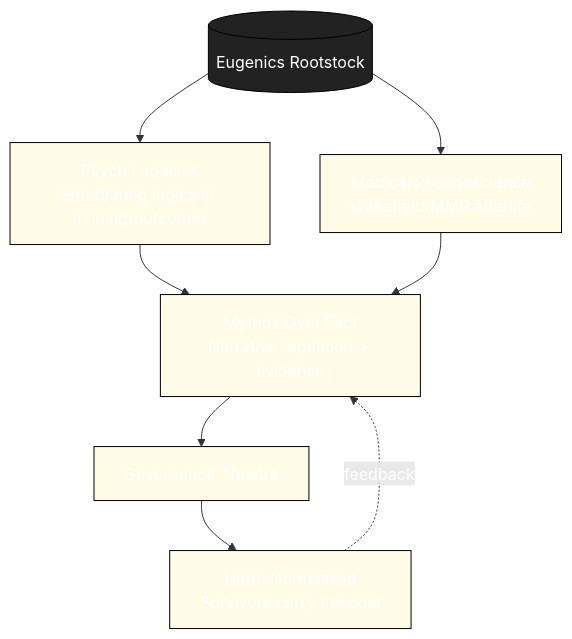
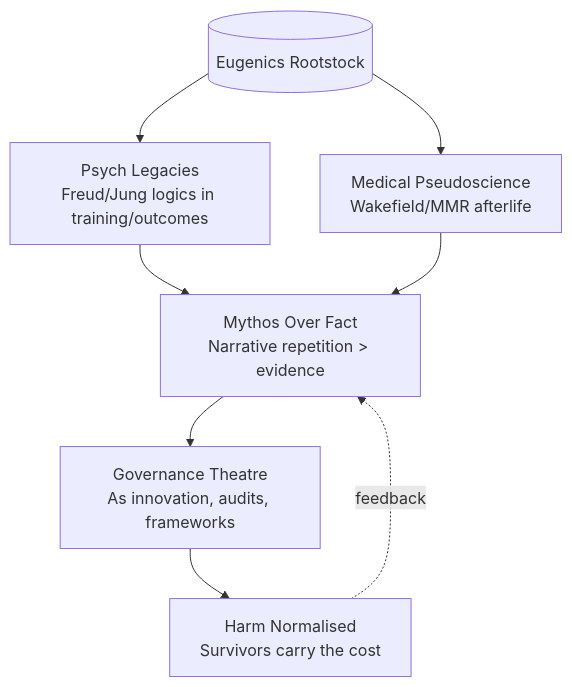
The second of 3 diagrams in Disruption_Kit/Big_Picture_Protocols/🌀_System_Governance/🧪_failure_recycling.md (josefsbreakfast/Polaris-Protocol), drawn with Mermaid before and after one commit.

````diff
--- a/Disruption_Kit/Big_Picture_Protocols/🌀_System_Governance/🧪_failure_recycling.md
+++ b/Disruption_Kit/Big_Picture_Protocols/🌀_System_Governance/🧪_failure_recycling.md
@@ -61,13 +61,10 @@
 ```mermaid
 flowchart TB
-    R[(Eugenics Rootstock)]:::root --> P1[Psych Legacies<br/>Freud/Jung logics in training/outcomes]
+    R[(Eugenics Rootstock)] --> P1[Psych Legacies<br/>Freud/Jung logics in training/outcomes]
     R --> P2[Medical Pseudoscience<br/>Wakefield/MMR afterlife]
     P1 --> N[Mythos Over Fact<br/>Narrative repetition > evidence]
     P2 --> N
-    N --> G[Governance Theatre<br/As innnovation, audits, frameworks]
+    N --> G[Governance Theatre<br/>As innovation, audits, frameworks]
     G --> H[Harm Normalised<br/>Survivors carry the cost]
     H -. feedback .-> N
-    classDef root fill:#222,color:#fff,stroke:#000;
-    classDef node fill:#fffbe6,stroke:#000;
-    class R root; class P1,P2,N,G,H node;
 ```
````
